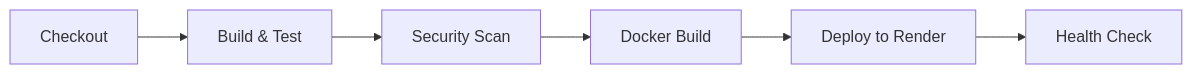
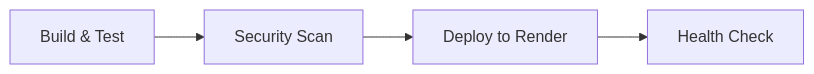
Before and after one commit to LeonarDPeace/DevOps_freeCodeCamp_Proyecto: the diagram in .github/workflows/README.md, drawn with Mermaid. The commit also changed other lines of this file and 9 other files, not shown here.

````diff
--- a/.github/workflows/README.md
+++ b/.github/workflows/README.md
@@ -74,8 +136,6 @@
 ```mermaid
 graph LR
-    A[Checkout] --> B[Build & Test]
-    B --> C[Security Scan]
-    C --> D[Docker Build]
-    D --> E[Deploy to Render]
-    E --> F[Health Check]
+    A[Build & Test] --> B[Security Scan]
+    B --> C[Deploy to Render]
+    C --> D[Health Check]
 ```
````
